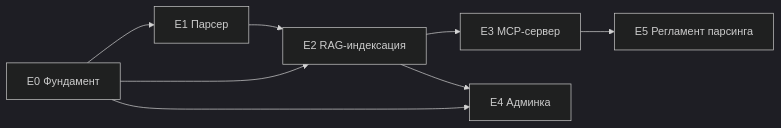
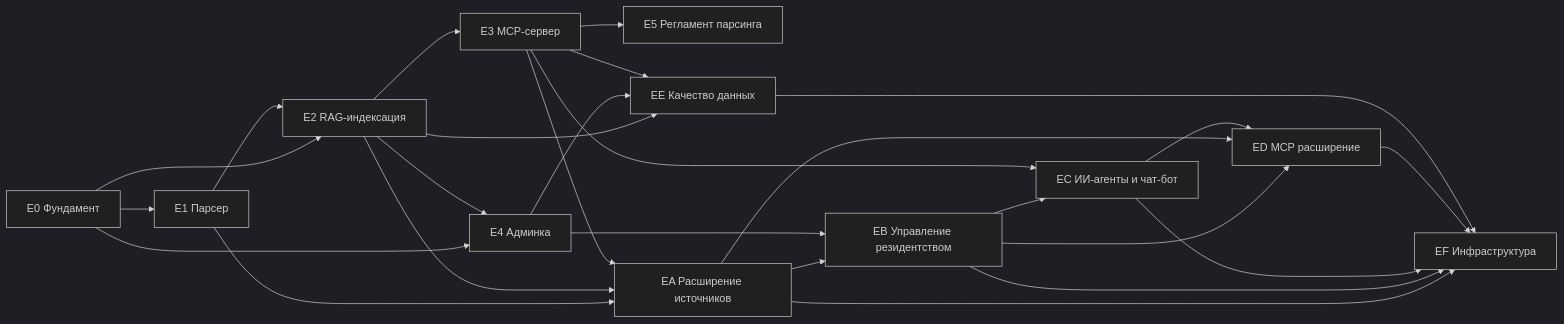
The diagram in Управление_проектом/Backlog/БЭКЛОГ_Разработка_v1_0_29_05_2026.md (Vladimir-Kryshchenko/Skolkovo), drawn with Mermaid (dark theme) before and after one commit. The commit also changed other lines of this file and 28 other files, not shown here.

````diff
--- a/Управление_проектом/Backlog/БЭКЛОГ_Разработка_v1_0_29_05_2026.md
+++ b/Управление_проектом/Backlog/БЭКЛОГ_Разработка_v1_0_29_05_2026.md
@@ -11,10 +11,28 @@
 ```mermaid
 flowchart LR
     E0["E0 Фундамент"] --> E1["E1 Парсер"]
     E0 --> E2["E2 RAG-индексация"]
     E1 --> E2
     E2 --> E3["E3 MCP-сервер"]
     E0 --> E4["E4 Админка"]
     E2 --> E4
     E3 --> E5["E5 Регламент парсинга"]
+    E1 --> EA["EA Расширение источников"]
+    E2 --> EA
+    E3 --> EA
+    EA --> EB["EB Управление резидентством"]
+    E4 --> EB
+    EB --> EC["EC ИИ-агенты и чат-бот"]
+    E3 --> EC
+    EB --> ED["ED MCP расширение"]
+    EA --> ED
+    EC --> ED
+    E2 --> EE["EE Качество данных"]
+    E4 --> EE
+    E3 --> EE
+    EA --> EF["EF Инфраструктура"]
+    EB --> EF
+    EC --> EF
+    ED --> EF
+    EE --> EF
 ```
````
